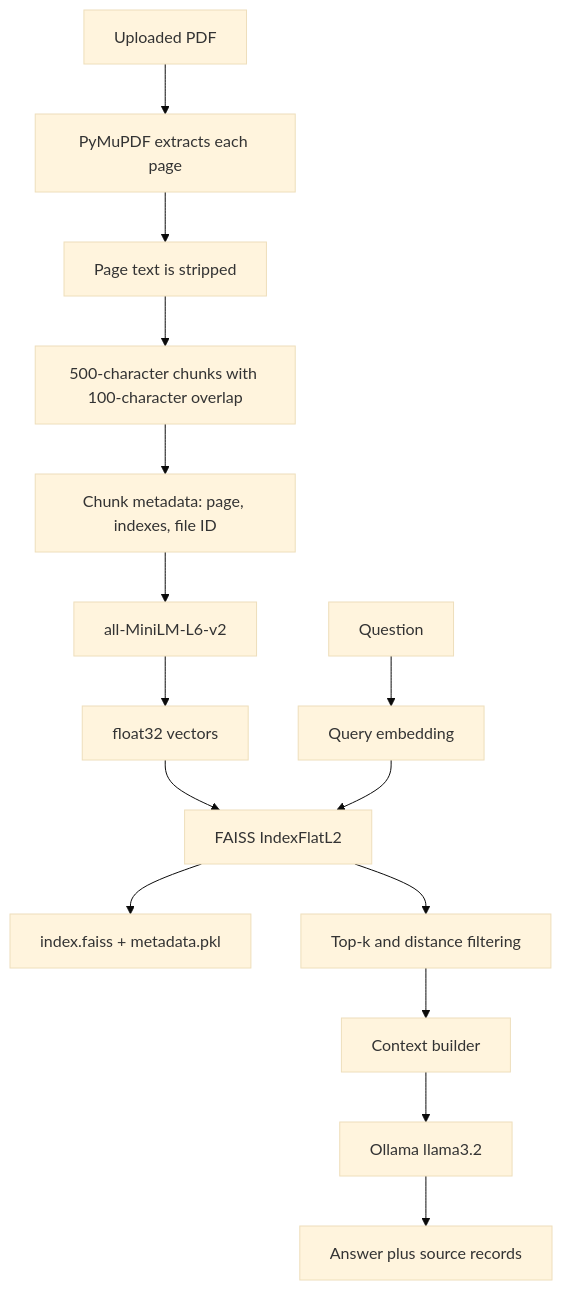
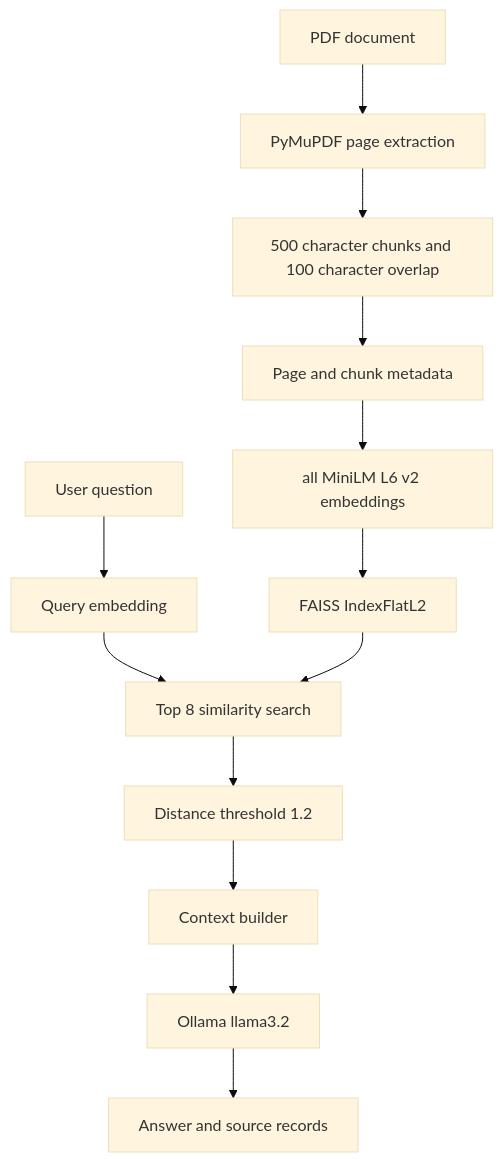
Before and after one commit to NAITIKK682/ProfessorMindAI: the third of 4 diagrams in README.md, drawn with Mermaid (base theme). The commit also changed other lines of this file, not shown here.

````diff
--- a/README.md
+++ b/README.md
@@ -132,17 +112,15 @@
 ```mermaid
 flowchart TD
-	A[Uploaded PDF] --> B[PyMuPDF extracts each page]
-	B --> C[Page text is stripped]
-	C --> D[500-character chunks with 100-character overlap]
-	D --> E[Chunk metadata: page, indexes, file ID]
-	E --> F[all-MiniLM-L6-v2]
-	F --> G[float32 vectors]
-	G --> H[FAISS IndexFlatL2]
-	H --> I[index.faiss + metadata.pkl]
-	J[Question] --> K[Query embedding]
-	K --> H
-	H --> L[Top-k and distance filtering]
-	L --> M[Context builder]
-	M --> N[Ollama llama3.2]
-	N --> O[Answer plus source records]
+    Document[PDF document] --> Extraction[PyMuPDF page extraction]
+    Extraction --> Chunking[500 character chunks and 100 character overlap]
+    Chunking --> Metadata[Page and chunk metadata]
+    Metadata --> Embedding[all MiniLM L6 v2 embeddings]
+    Embedding --> VectorStore[FAISS IndexFlatL2]
+    Question[User question] --> QueryEmbedding[Query embedding]
+    QueryEmbedding --> Similarity[Top 8 similarity search]
+    VectorStore --> Similarity
+    Similarity --> Filter[Distance threshold 1.2]
+    Filter --> Context[Context builder]
+    Context --> Generation[Ollama llama3.2]
+    Generation --> Output[Answer and source records]
 ```
````
